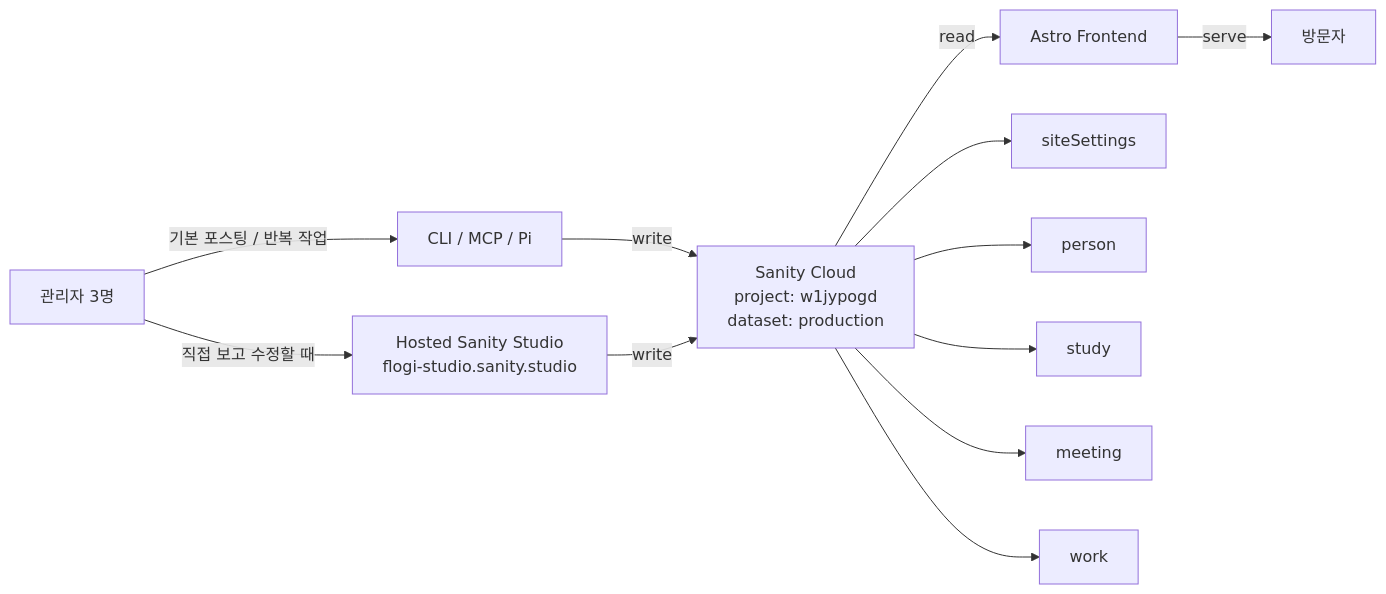
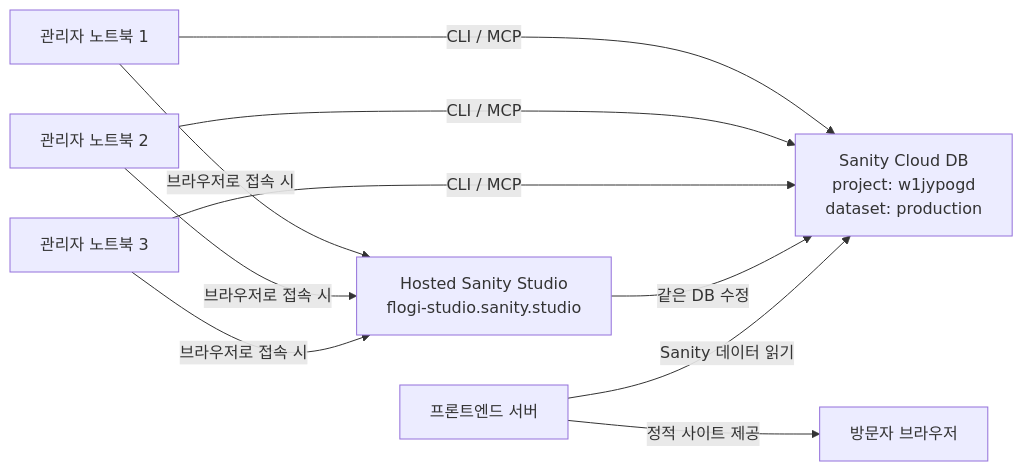
The diagram in README.md (Logan-kim-the-philosopher/flogis-blog), drawn with Mermaid before and after one commit. The commit also changed other lines of this file, not shown here.

Commit message:
Clarify Sanity architecture diagram

````diff
--- a/README.md
+++ b/README.md
@@ -98,17 +98,15 @@
 ```mermaid
 flowchart LR
-    A[관리자 3명] -->|기본 포스팅 / 반복 작업| B[CLI / MCP / Pi]
-    A -->|직접 보고 수정할 때| C[Hosted Sanity Studio<br/>flogi-studio.sanity.studio]
+    A[관리자 노트북 1] -->|CLI / MCP| D[Sanity Cloud DB<br/>project: w1jypogd<br/>dataset: production]
+    B[관리자 노트북 2] -->|CLI / MCP| D
+    C[관리자 노트북 3] -->|CLI / MCP| D
 
-    B -->|write| D[Sanity Cloud<br/>project: w1jypogd<br/>dataset: production]
-    C -->|write| D
+    A -->|브라우저로 접속 시| E[Hosted Sanity Studio<br/>flogi-studio.sanity.studio]
+    B -->|브라우저로 접속 시| E
+    C -->|브라우저로 접속 시| E
 
-    D -->|read| E[Astro Frontend]
-    E -->|serve| F[방문자]
+    E -->|같은 DB 수정| D
 
-    D --> G[siteSettings]
-    D --> H[person]
-    D --> I[study]
-    D --> J[meeting]
-    D --> K[work]
+    F[프론트엔드 서버] -->|Sanity 데이터 읽기| D
+    F -->|정적 사이트 제공| G[방문자 브라우저]
 ```
````
